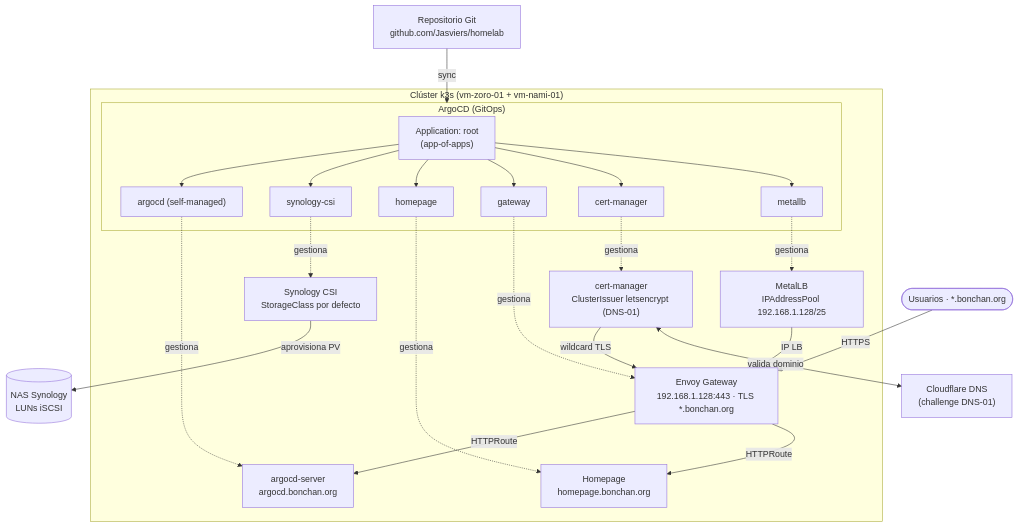
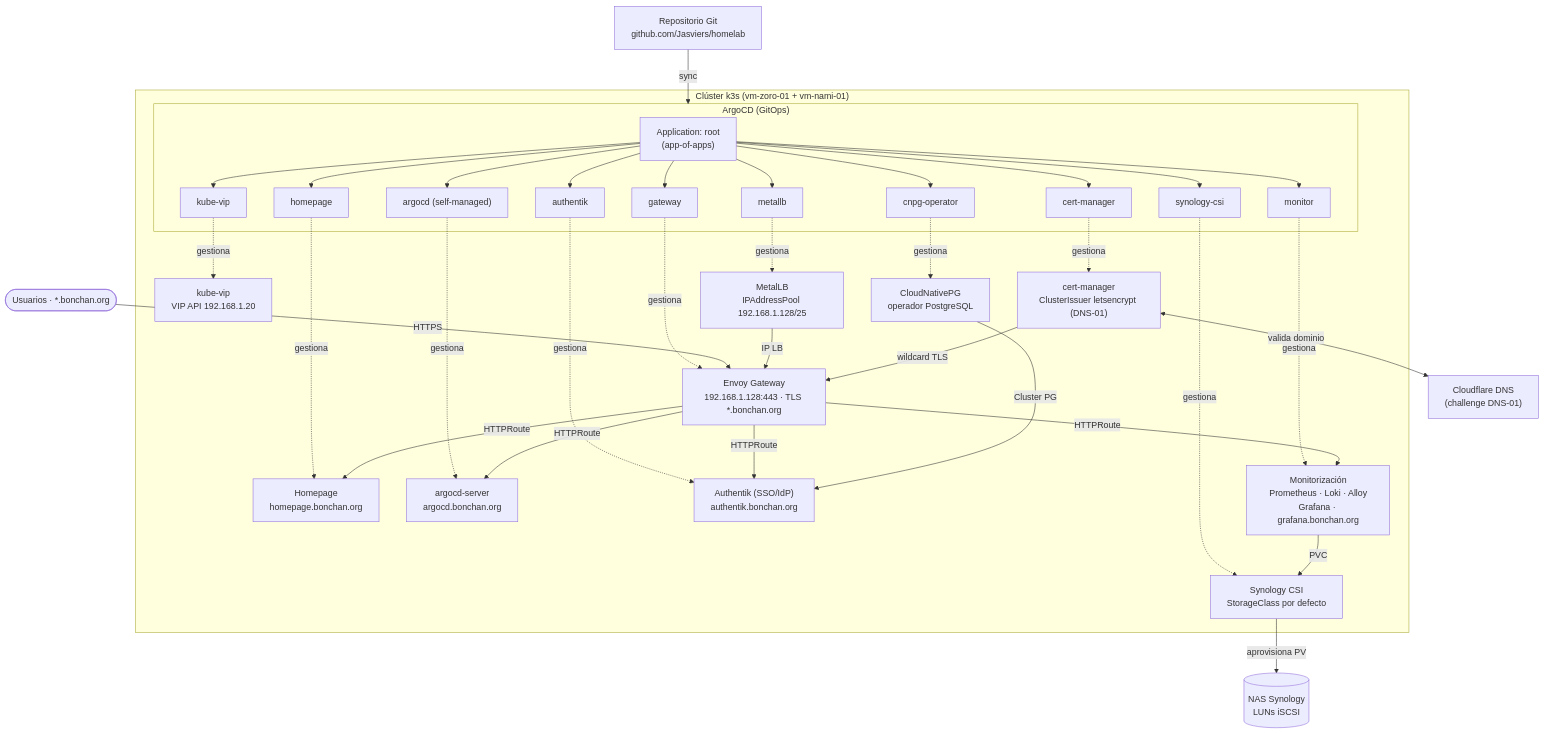
The second of 2 diagrams in README.md (Jasviers/homelab), drawn with Mermaid before and after one commit. The commit also changed other lines of this file and 4 other files, not shown here.

````diff
--- a/README.md
+++ b/README.md
@@ -120,43 +138,59 @@
 ```mermaid
 flowchart TB
     repo["Repositorio Git<br/>github.com/Jasviers/homelab"]
 
     subgraph k3s["Clúster k3s (vm-zoro-01 + vm-nami-01)"]
         subgraph argocd["ArgoCD (GitOps)"]
             root["Application: root<br/>(app-of-apps)"]
+            root --> appKubevip[kube-vip]
             root --> appMetallb[metallb]
             root --> appCert[cert-manager]
             root --> appGw[gateway]
+            root --> appCsi[synology-csi]
+            root --> appCnpg[cnpg-operator]
+            root --> appAuth[authentik]
+            root --> appMon[monitor]
             root --> appHome[homepage]
-            root --> appCsi[synology-csi]
             root --> appArgo["argocd (self-managed)"]
         end
 
+        kubevip["kube-vip<br/>VIP API 192.168.1.20"]
         metallb["MetalLB<br/>IPAddressPool 192.168.1.128/25"]
         cert["cert-manager<br/>ClusterIssuer letsencrypt (DNS-01)"]
         gateway["Envoy Gateway<br/>192.168.1.128:443 · TLS *.bonchan.org"]
         homepage["Homepage<br/>homepage.bonchan.org"]
         argoUI["argocd-server<br/>argocd.bonchan.org"]
         csi["Synology CSI<br/>StorageClass por defecto"]
+        cnpg["CloudNativePG<br/>operador PostgreSQL"]
+        authentik["Authentik (SSO/IdP)<br/>authentik.bonchan.org"]
+        monitor["Monitorización<br/>Prometheus · Loki · Alloy<br/>Grafana · grafana.bonchan.org"]
     end
 
     nas[("NAS Synology<br/>LUNs iSCSI")]
     cloudflare["Cloudflare DNS<br/>(challenge DNS-01)"]
     users([Usuarios · *.bonchan.org])
 
     repo -->|sync| argocd
+    appKubevip -.->|gestiona| kubevip
     appMetallb -.->|gestiona| metallb
     appCert -.->|gestiona| cert
     appGw -.->|gestiona| gateway
     appHome -.->|gestiona| homepage
     appArgo -.->|gestiona| argoUI
     appCsi -.->|gestiona| csi
+    appCnpg -.->|gestiona| cnpg
+    appAuth -.->|gestiona| authentik
+    appMon -.->|gestiona| monitor
 
     users -->|HTTPS| gateway
     gateway -->|HTTPRoute| homepage
     gateway -->|HTTPRoute| argoUI
+    gateway -->|HTTPRoute| authentik
+    gateway -->|HTTPRoute| monitor
     metallb -->|IP LB| gateway
     cert <-->|valida dominio| cloudflare
     cert -->|wildcard TLS| gateway
+    cnpg -->|Cluster PG| authentik
     csi -->|aprovisiona PV| nas
+    monitor -->|PVC| csi
 ```
````
